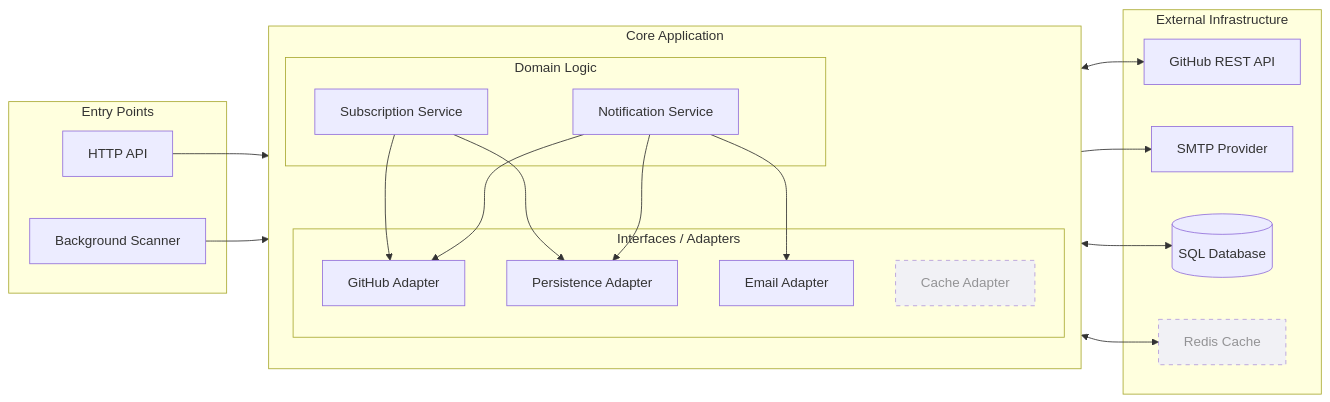
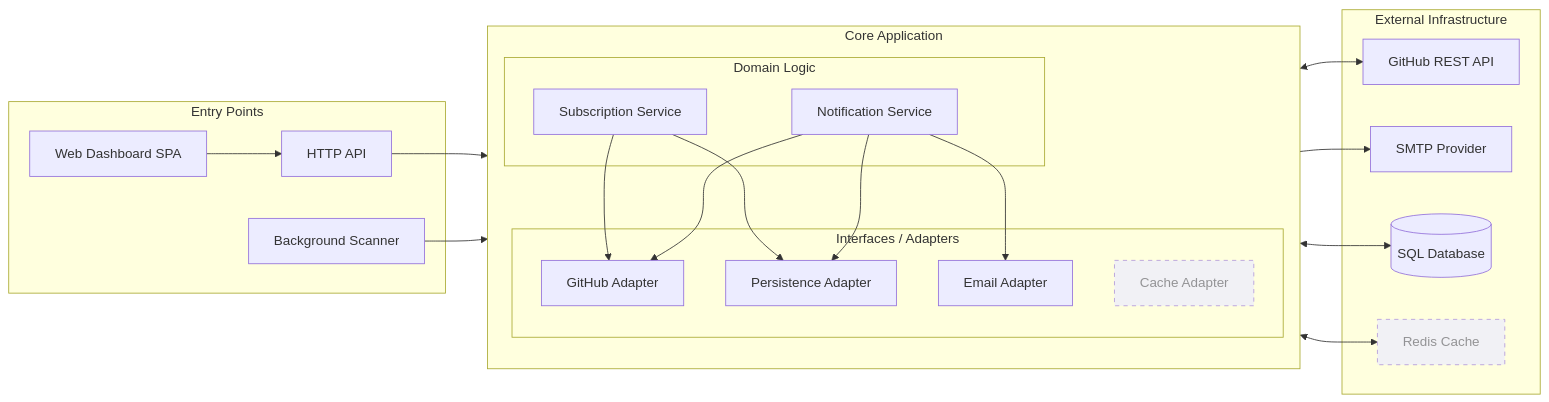
The first of 2 diagrams in docs/sdd.md (NosarevAndrey-p/github-release-notification-api), drawn with Mermaid before and after one commit. The commit also changed other lines of this file and 6 other files, not shown here.

Commit message:
docs: document web dashboard, update config envs, and add separate CI pipelines

````diff
--- a/docs/sdd.md
+++ b/docs/sdd.md
@@ -40,48 +40,50 @@
 ```mermaid
 graph LR
     subgraph "External Infrastructure"
         GH_API[GitHub REST API]
         SMTP_SRV[SMTP Provider]
         SQL_DB[(SQL Database)]
         REDIS_SRV[Redis Cache]:::optional
     end
 
     subgraph "Core Application"
         direction TB
         subgraph "Interfaces / Adapters"
             GH_Client[GitHub Adapter]
             Mail_Client[Email Adapter]
             Repo_Layer[Persistence Adapter]
             Cache_Layer[Cache Adapter]:::optional
         end
 
         subgraph "Domain Logic"
             Sub_Manager[Subscription Service]
             Notification_Engine[Notification Service]
         end
     end
 
     subgraph "Entry Points"
         REST_API[HTTP API]
         CRON_Scanner[Background Scanner]
+        WEB_UI[Web Dashboard SPA]
     end
 
     %% Flow: Entry points to Domain
+    WEB_UI --> REST_API
     REST_API --> Sub_Manager
     CRON_Scanner --> Notification_Engine
 
     %% Flow: Domain to Adapters
     Sub_Manager --> GH_Client
     Sub_Manager --> Repo_Layer
     Notification_Engine --> Mail_Client
     Notification_Engine --> GH_Client
     Notification_Engine --> Repo_Layer
     
     %% Connections to External
     GH_Client <--> GH_API
     Mail_Client --> SMTP_SRV
     Repo_Layer <--> SQL_DB
     Cache_Layer <--> REDIS_SRV
 
     classDef optional stroke-dasharray: 5 5, opacity: 0.7
 ```
````
